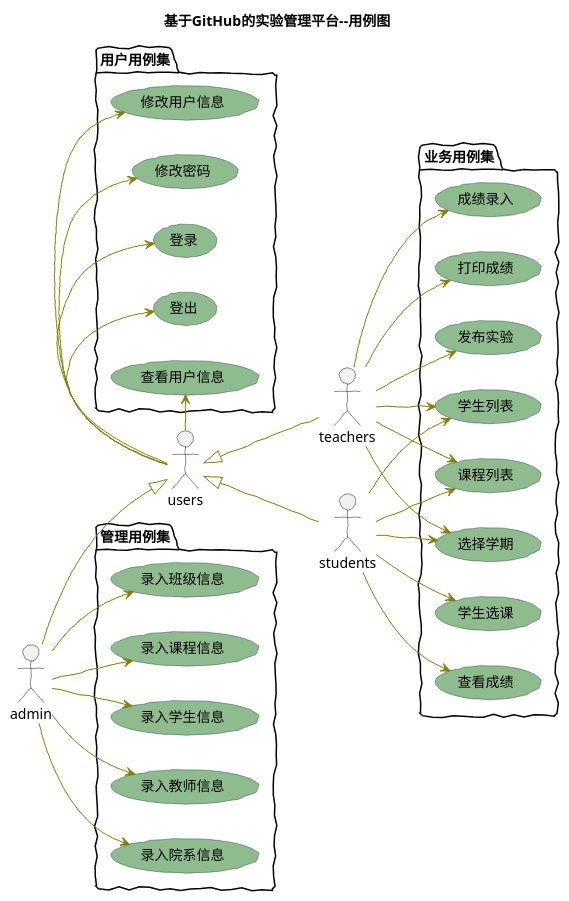
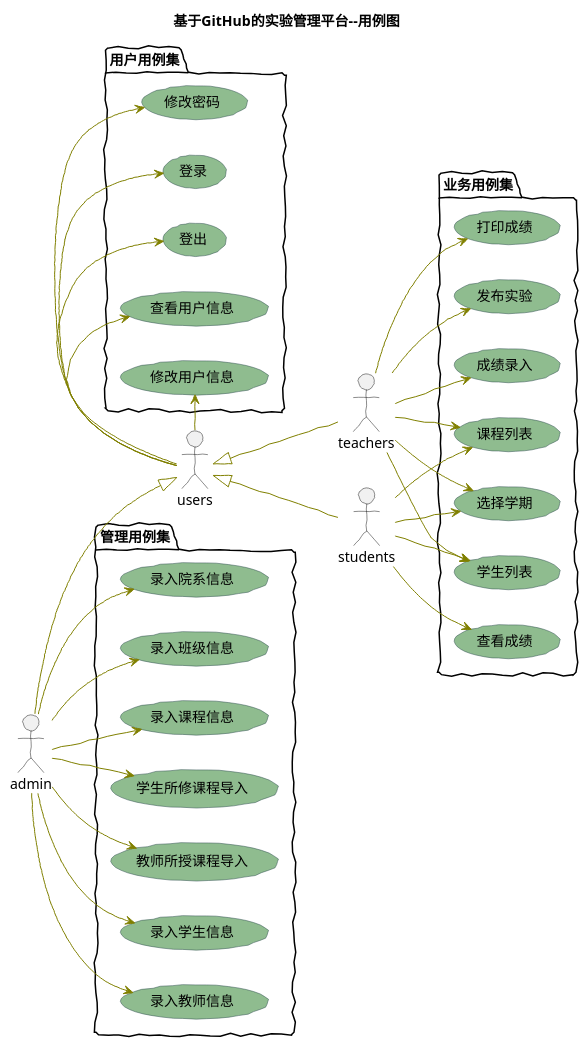
Before and after one commit to guokunjin/is_analysis: the diagram in test6/src/usecase.puml, drawn with PlantUML. The commit also changed 36 other files, not shown here.

```diff
--- a/test6/src/usecase.puml
+++ b/test6/src/usecase.puml
@@ -1,76 +1,77 @@
 @startuml
 skinparam handwritten true
 
 skinparam usecase {
 	BackgroundColor DarkSeaGreen
 	BorderColor DarkSlateGray
 
 	BackgroundColor<< Main >> YellowGreen
 	BorderColor<< Main >> YellowGreen
 
 	ArrowColor Olive
 	ActorBorderColor black
 	ActorFontName Courier
 
 	ActorBackgroundColor<< Human >> Gold
 }
 
 left to right direction
 title 基于GitHub的实验管理平台--用例图
 
 actor teachers
 
 actor students
 
 actor users
 
 users <|-- teachers
 
 users <|-up- admin
 
 users <|-- students
 
 
 package 用户用例集 {
 users -left-> (登录)
 
 users -left-> (登出)
 
 users -left-> (查看用户信息)
 
 users -left-> (修改用户信息)
 
 users -left-> (修改密码)
 
 }
 
 
 package 业务用例集 {
 
 teachers --> (发布实验)
 teachers --> (成绩录入)
 teachers --> (打印成绩)
 teachers --> (课程列表)
 teachers --> (选择学期)
 teachers --> (学生列表)
 
 students --> (课程列表)
 students --> (选择学期)
 students --> (学生列表)
-students --> (学生选课)
 students --> (查看成绩)
 
 }
 
 package 管理用例集{
 
 admin --> (录入学生信息)
 admin --> (录入教师信息)
 admin --> (录入院系信息)
 admin --> (录入班级信息)
 admin --> (录入课程信息)
+admin --> (学生所修课程导入)
+admin --> (教师所授课程导入)
 
 }
 
 
 @enduml
```
